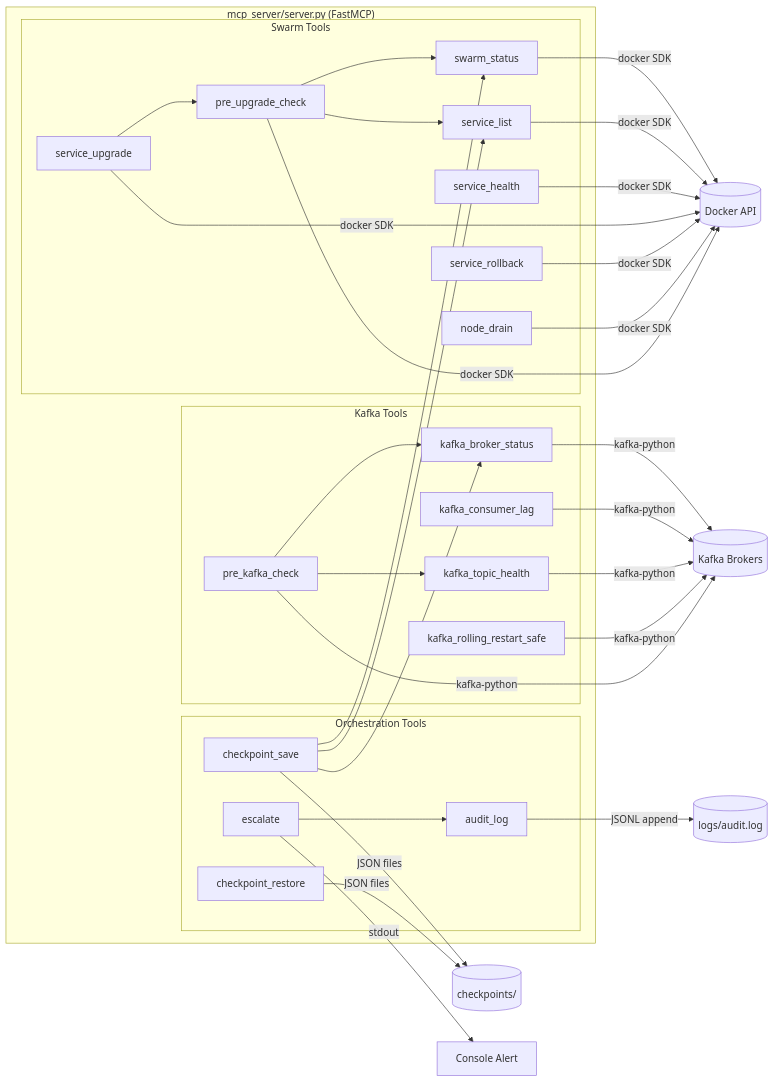
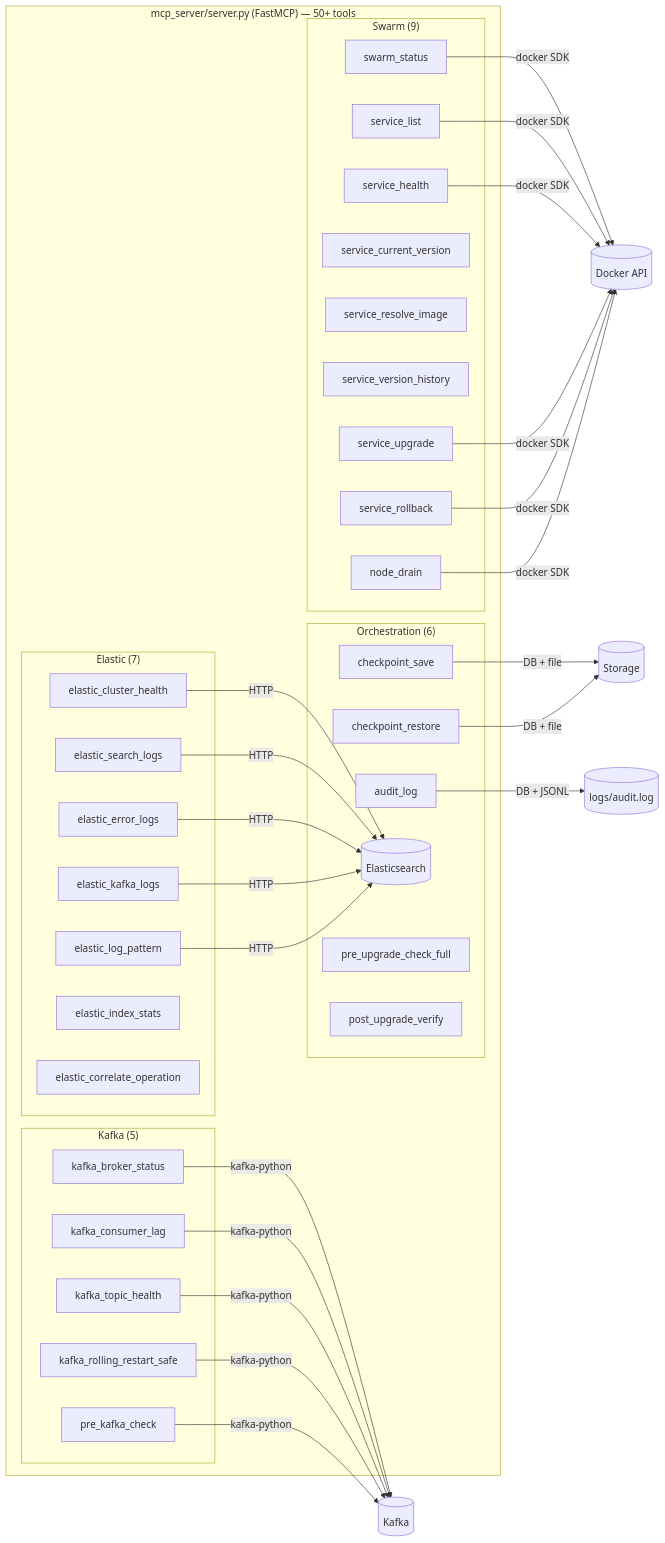
The sixth of 7 diagrams in docs/architecture.md (kbreivik/ai-local-agent-tools), drawn with Mermaid before and after one commit. The commit also changed other lines of this file and 2 other files, not shown here.

First line of the commit message:
docs: update README, architecture, and runbook for v1.9.0

````diff
--- a/docs/architecture.md
+++ b/docs/architecture.md
@@ -69,43 +222,46 @@
 ```mermaid
 graph LR
-    subgraph SERVER["mcp_server/server.py (FastMCP)"]
-        subgraph SWARM_TOOLS["Swarm Tools"]
+    subgraph SERVER["mcp_server/server.py (FastMCP) — 50+ tools"]
+        subgraph SWARM_TOOLS["Swarm (9)"]
             SS[swarm_status]
             SL[service_list]
             SH[service_health]
+            SCV[service_current_version]
+            SRI[service_resolve_image]
+            SVH[service_version_history]
             SU[service_upgrade]
             SR[service_rollback]
             ND[node_drain]
-            PU[pre_upgrade_check]
         end
-        subgraph KAFKA_TOOLS["Kafka Tools"]
+        subgraph KAFKA_TOOLS["Kafka (5)"]
             KB[kafka_broker_status]
             KL[kafka_consumer_lag]
             KT[kafka_topic_health]
             KR[kafka_rolling_restart_safe]
             PK[pre_kafka_check]
         end
-        subgraph ORCH_TOOLS["Orchestration Tools"]
+        subgraph ORCH_TOOLS["Orchestration (6)"]
             CS[checkpoint_save]
             CR[checkpoint_restore]
             AL[audit_log]
             ES[escalate]
+            PUF[pre_upgrade_check_full]
+            PUV[post_upgrade_verify]
+        end
+        subgraph ELASTIC_TOOLS["Elastic (7)"]
+            ECH[elastic_cluster_health]
+            ESL[elastic_search_logs]
+            EEL[elastic_error_logs]
+            EKL[elastic_kafka_logs]
+            ELP[elastic_log_pattern]
+            EIS[elastic_index_stats]
+            ECO[elastic_correlate_operation]
         end
     end
 
-    SS & SL & SH & SU & SR & ND & PU -->|docker SDK| DOCKER[(Docker API)]
-    KB & KL & KT & KR & PK -->|kafka-python| KAFKA[(Kafka Brokers)]
-    CS & CR -->|JSON files| FS[(checkpoints/)]
-    AL -->|JSONL append| LOG[(logs/audit.log)]
-    ES --> AL
-    ES -->|stdout| CONSOLE[Console Alert]
-
-    PU --> SS
-    PU --> SL
-    PK --> KB
-    PK --> KT
-    CS --> SS
-    CS --> SL
-    CS --> KB
-    SU --> PU
+    SS & SL & SH & SU & SR & ND -->|docker SDK| DOCKER[(Docker API)]
+    KB & KL & KT & KR & PK -->|kafka-python| KAFKA[(Kafka)]
+    CS & CR -->|"DB + file"| STORE[(Storage)]
+    AL -->|"DB + JSONL"| LOG[(logs/audit.log)]
+    ECH & ESL & EEL & EKL & ELP -->|HTTP| ES[(Elasticsearch)]
 ```
````
